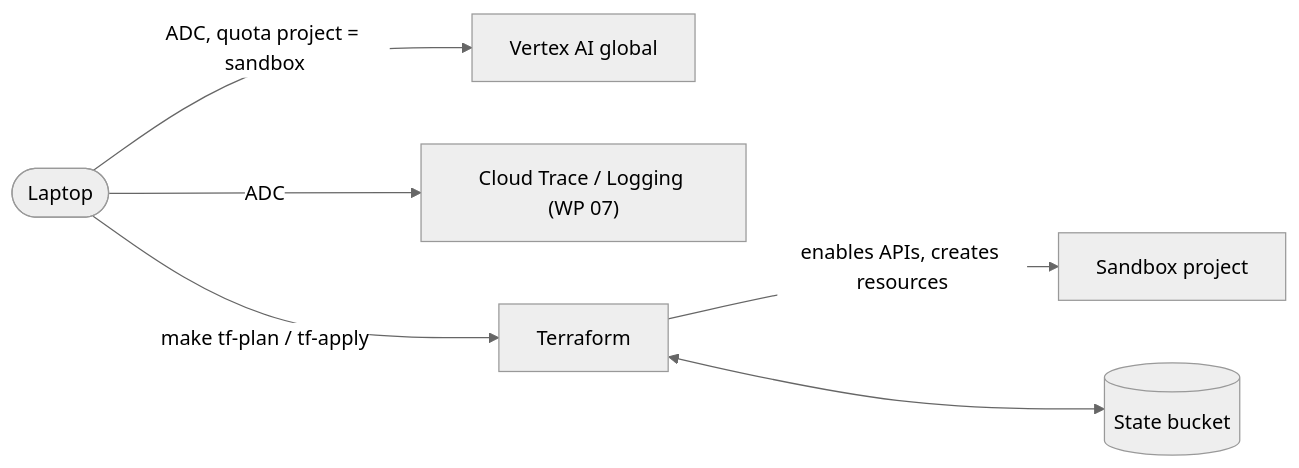
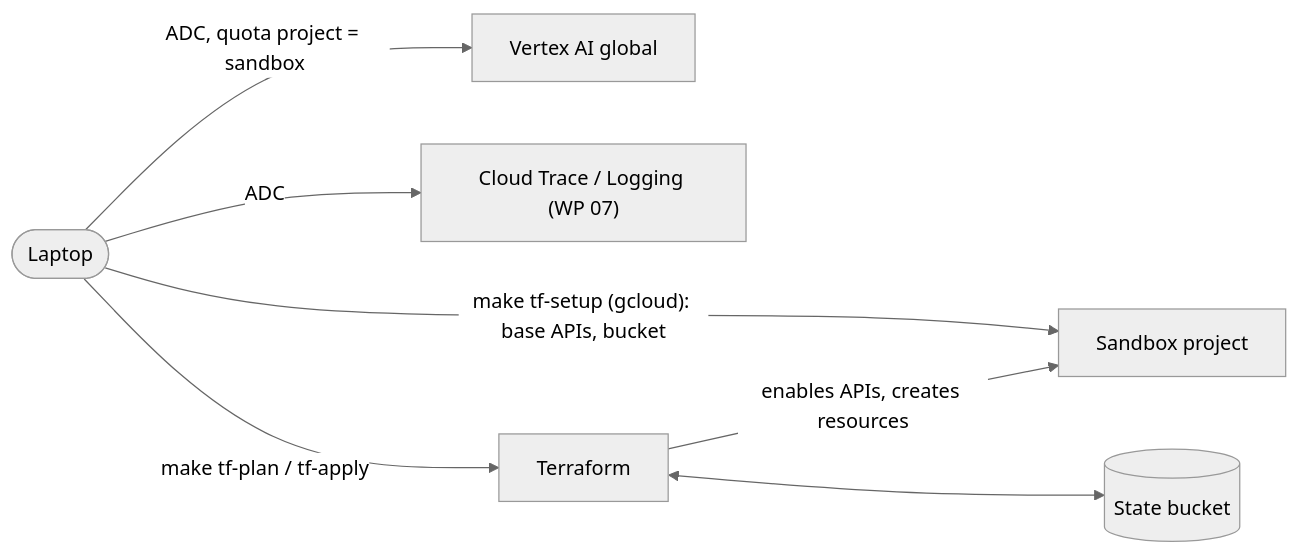
Before and after one commit to maxvandenhoven/imposter: the third of 3 diagrams in docs/infrastructure.md, drawn with Mermaid (neutral theme). The commit also changed other lines of this file and 8 other files, not shown here.

First line of the commit message:
fix(infra): enable the base apis before the first terraform run

````diff
--- a/docs/infrastructure.md
+++ b/docs/infrastructure.md
@@ -74,7 +74,8 @@
 ```mermaid
 flowchart LR
   laptop(["Laptop"]) -->|"ADC, quota project = sandbox"| vertex["Vertex AI global"]
   laptop -->|"ADC"| trace["Cloud Trace / Logging (WP 07)"]
+  laptop -->|"make tf-setup (gcloud): base APIs, bucket"| project
   laptop -->|"make tf-plan / tf-apply"| tf["Terraform"] -->|"enables APIs, creates resources"| project["Sandbox project"]
   tf <--> bucket[("State bucket")]
 ```
````
